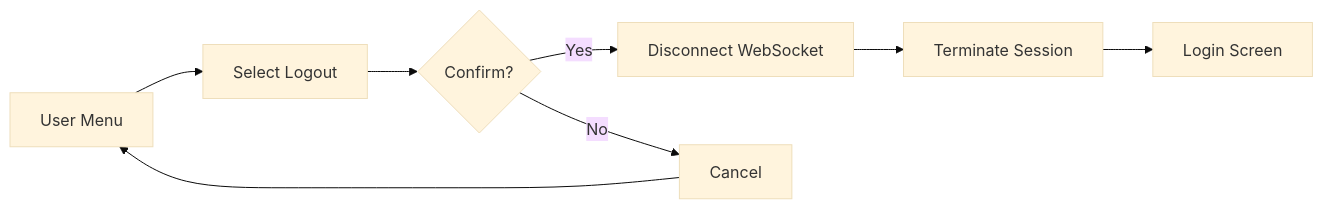
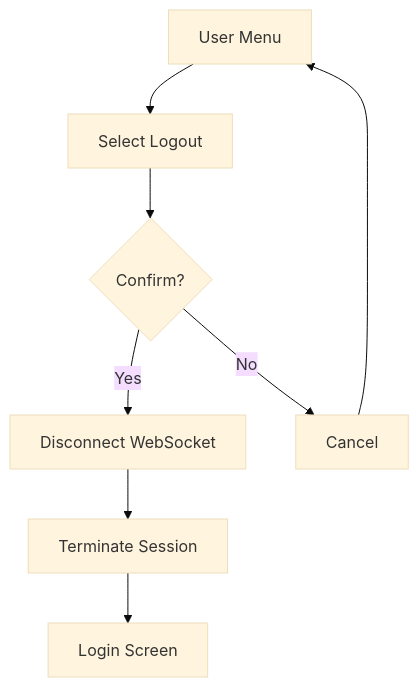
Before and after one commit to RoundRobinHood/cogniflight-cloud: the fourth of 10 diagrams in docs/SEN3781_Assignment4_Information_Architecture_Report.md, drawn with Mermaid (base theme). The commit also changed other lines of this file, not shown here.

Commit message:
improved diagram readability

````diff
--- a/docs/SEN3781_Assignment4_Information_Architecture_Report.md
+++ b/docs/SEN3781_Assignment4_Information_Architecture_Report.md
@@ -211,6 +220,10 @@
 ```mermaid
-flowchart LR
-    A[User Menu] --> B[Select Logout] --> C{Confirm?}
-    C -->|Yes| D[Disconnect WebSocket] --> F[Terminate Session] --> G[Login Screen]
-    C -->|No| E[Cancel] --> A
+flowchart TD
+    A[User Menu] --> B[Select Logout]
+    B --> C{Confirm?}
+    C -->|Yes| D[Disconnect WebSocket]
+    C -->|No| E[Cancel]
+    D --> F[Terminate Session]
+    F --> G[Login Screen]
+    E --> A
 ```
````
